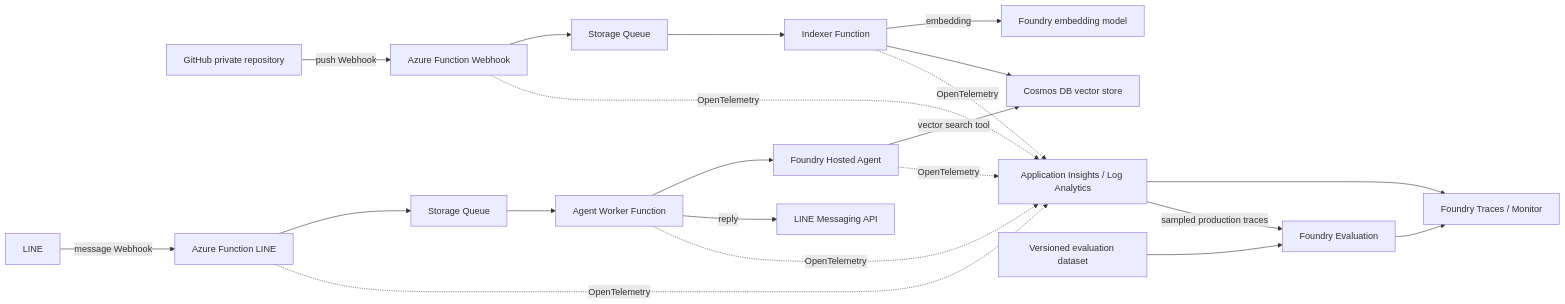
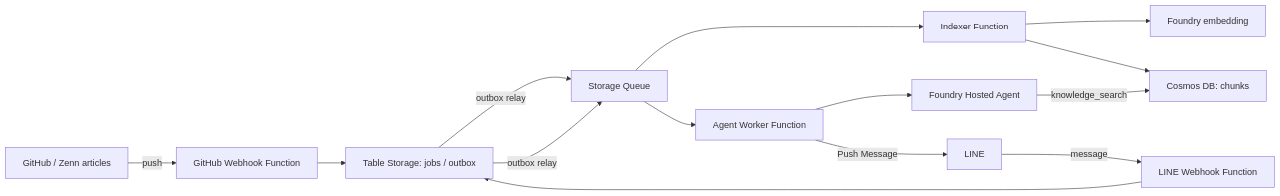
Before and after one commit to Tomodo1773/tech-knowledge-agent: the diagram in README.md, drawn with Mermaid. The commit also changed other lines of this file and 6 other files, not shown here.

````diff
--- a/README.md
+++ b/README.md
@@ -22,24 +16,16 @@
 ```mermaid
 flowchart LR
-  GH[GitHub private repository] -->|push Webhook| WH[Azure Function Webhook]
-  WH --> Q[Storage Queue]
-  Q --> ING[Indexer Function]
-  ING -->|embedding| EMB[Foundry embedding model]
-  ING --> COS[Cosmos DB vector store]
-  LINE[LINE] -->|message Webhook| LW[Azure Function LINE]
-  LW --> LQ[Storage Queue]
-  LQ --> AW[Agent Worker Function]
-  AW --> AG[Foundry Hosted Agent]
-  AG -->|vector search tool| COS
-  AW -->|reply| LM[LINE Messaging API]
-
-  WH -. OpenTelemetry .-> AI[Application Insights / Log Analytics]
-  ING -. OpenTelemetry .-> AI
-  LW -. OpenTelemetry .-> AI
-  AW -. OpenTelemetry .-> AI
-  AG -. OpenTelemetry .-> AI
-  AI --> MON[Foundry Traces / Monitor]
-  AI -->|sampled production traces| EVAL[Foundry Evaluation]
-  DS[Versioned evaluation dataset] --> EVAL
-  EVAL --> MON
+  GH[GitHub / Zenn articles] -->|push| GHW[GitHub Webhook Function]
+  GHW --> T[Table Storage: jobs / outbox]
+  T -->|outbox relay| Q[Storage Queue]
+  Q --> IDX[Indexer Function]
+  IDX --> E[Foundry embedding]
+  IDX --> C[Cosmos DB: chunks]
+  LINE[LINE] -->|message| LWH[LINE Webhook Function]
+  LWH --> T
+  T -->|outbox relay| Q
+  Q --> W[Agent Worker Function]
+  W --> A[Foundry Hosted Agent]
+  A -->|knowledge_search| C
+  W -->|Push Message| LINE
 ```
````
